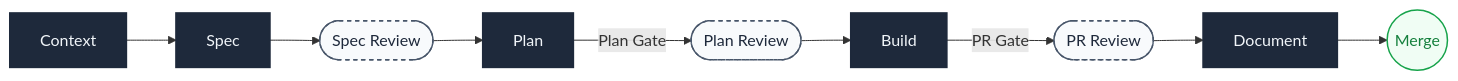
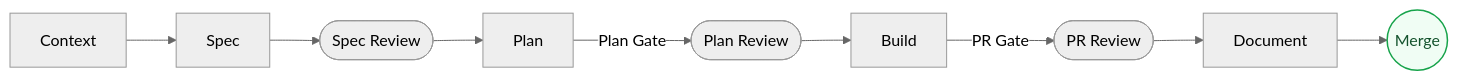
Before and after one commit to Hotusa-Data/ehc-agent-harness: the second of 2 diagrams in README.md, drawn with Mermaid. The commit also changed other lines of this file and 15 other files, not shown here.

Commit message:
improve mermaid diagrams

````diff
--- a/README.md
+++ b/README.md
@@ -53,22 +52,22 @@
 ```mermaid
+---
+config:
+  theme: neutral
+---
 flowchart LR
     accTitle: Development Cycle with Human Reviews and AI Gates
     accDescr: Five phases from Context to Document, with Spec Review, Plan Review and PR Review as human checkpoints, and Plan Gate and PR Gate as AI-run checklists.
 
     ctx["Context"] --> spec["Spec"]
     spec --> rev1(["Spec Review"])
     rev1 --> plan["Plan"]
     plan -->|Plan Gate| rev2(["Plan Review"])
     rev2 --> build["Build"]
     build -->|PR Gate| rev3(["PR Review"])
     rev3 --> doc["Document"]
     doc --> merge(("Merge"))
 
-    classDef phase    fill:#1e293b,stroke:#1e293b,stroke-width:2px,color:#f1f5f9
-    classDef reviewer fill:#f8fafc,stroke:#475569,stroke-width:1.5px,color:#1e293b,stroke-dasharray:4
-    classDef gate     fill:#f0fdf4,stroke:#16a34a,stroke-width:1.5px,color:#15803d
+    classDef ok fill:#f0fdf4,stroke:#16a34a,stroke-width:1.5px,color:#14532d
 
-    class ctx,spec,plan,build,doc phase
-    class rev1,rev2,rev3 reviewer
-    class merge gate
+    class merge ok
 ```
````
